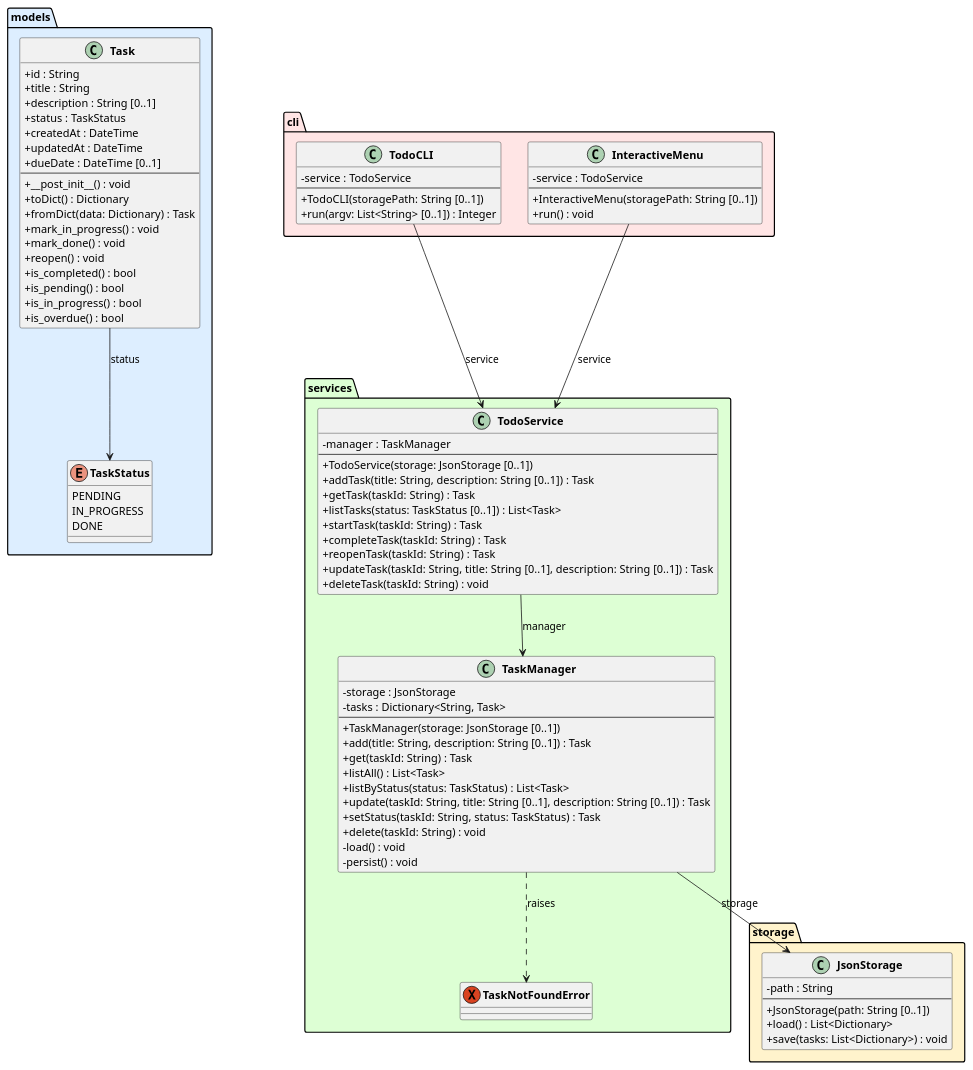
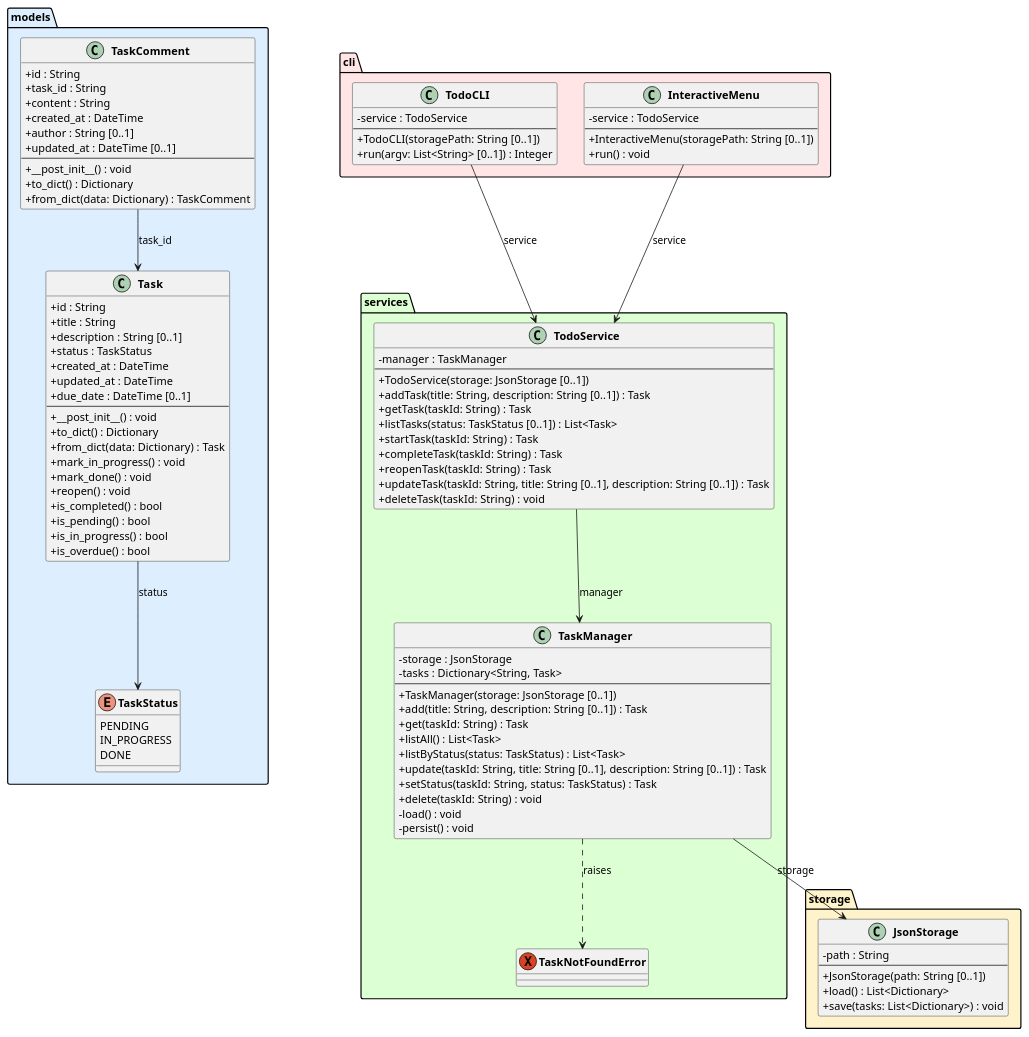
The diagram in experiments/pipeline/test_driven/TODO/artifacts/class_diagram.puml (DanielRiha8906/Software_autoevolution_using_agents), drawn with PlantUML before and after one commit. The commit also changed 4 other files, not shown here.

```diff
--- a/experiments/pipeline/test_driven/TODO/artifacts/class_diagram.puml
+++ b/experiments/pipeline/test_driven/TODO/artifacts/class_diagram.puml
@@ -1,102 +1,116 @@
 @startuml class_diagram
 
 skinparam classAttributeIconSize 0
 skinparam classFontStyle bold
 
 package "models" #DDEEFF {
     enum TaskStatus {
         PENDING
         IN_PROGRESS
         DONE
     }
 
     class Task {
         +id : String
         +title : String
         +description : String [0..1]
         +status : TaskStatus
-        +createdAt : DateTime
-        +updatedAt : DateTime
-        +dueDate : DateTime [0..1]
+        +created_at : DateTime
+        +updated_at : DateTime
+        +due_date : DateTime [0..1]
         --
         +__post_init__() : void
-        +toDict() : Dictionary
-        +fromDict(data: Dictionary) : Task
+        +to_dict() : Dictionary
+        +from_dict(data: Dictionary) : Task
         +mark_in_progress() : void
         +mark_done() : void
         +reopen() : void
         +is_completed() : bool
         +is_pending() : bool
         +is_in_progress() : bool
         +is_overdue() : bool
+    }
+
+    class TaskComment {
+        +id : String
+        +task_id : String
+        +content : String
+        +created_at : DateTime
+        +author : String [0..1]
+        +updated_at : DateTime [0..1]
+        --
+        +__post_init__() : void
+        +to_dict() : Dictionary
+        +from_dict(data: Dictionary) : TaskComment
     }
 }
 
 package "storage" #FFF3CC {
     class JsonStorage {
         -path : String
         --
         +JsonStorage(path: String [0..1])
         +load() : List<Dictionary>
         +save(tasks: List<Dictionary>) : void
     }
 }
 
 package "services" #DDFFD4 {
     exception TaskNotFoundError
 
     class TaskManager {
         -storage : JsonStorage
         -tasks : Dictionary<String, Task>
         --
         +TaskManager(storage: JsonStorage [0..1])
         +add(title: String, description: String [0..1]) : Task
         +get(taskId: String) : Task
         +listAll() : List<Task>
         +listByStatus(status: TaskStatus) : List<Task>
         +update(taskId: String, title: String [0..1], description: String [0..1]) : Task
         +setStatus(taskId: String, status: TaskStatus) : Task
         +delete(taskId: String) : void
         -load() : void
         -persist() : void
     }
 
     class TodoService {
         -manager : TaskManager
         --
         +TodoService(storage: JsonStorage [0..1])
         +addTask(title: String, description: String [0..1]) : Task
         +getTask(taskId: String) : Task
         +listTasks(status: TaskStatus [0..1]) : List<Task>
         +startTask(taskId: String) : Task
         +completeTask(taskId: String) : Task
         +reopenTask(taskId: String) : Task
         +updateTask(taskId: String, title: String [0..1], description: String [0..1]) : Task
         +deleteTask(taskId: String) : void
     }
 }
 
 package "cli" #FFE5E5 {
     class TodoCLI {
         -service : TodoService
         --
         +TodoCLI(storagePath: String [0..1])
         +run(argv: List<String> [0..1]) : Integer
     }
 
     class InteractiveMenu {
         -service : TodoService
         --
         +InteractiveMenu(storagePath: String [0..1])
         +run() : void
     }
 }
 
 Task --> TaskStatus : status
+TaskComment --> Task : task_id
 TaskManager --> JsonStorage : storage
 TaskManager ..> TaskNotFoundError : raises
 TodoService --> TaskManager : manager
 TodoCLI --> TodoService : service
 InteractiveMenu --> TodoService : service
 
 @enduml
```
